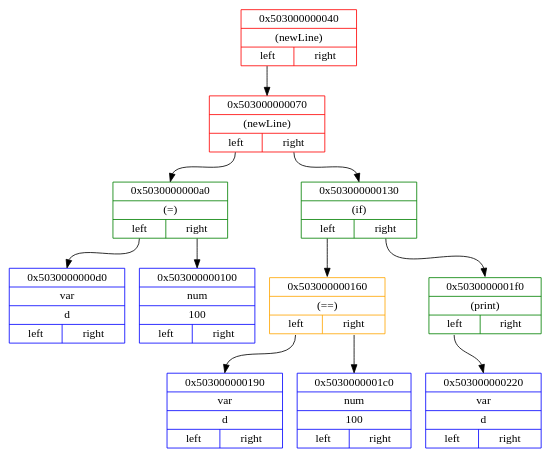
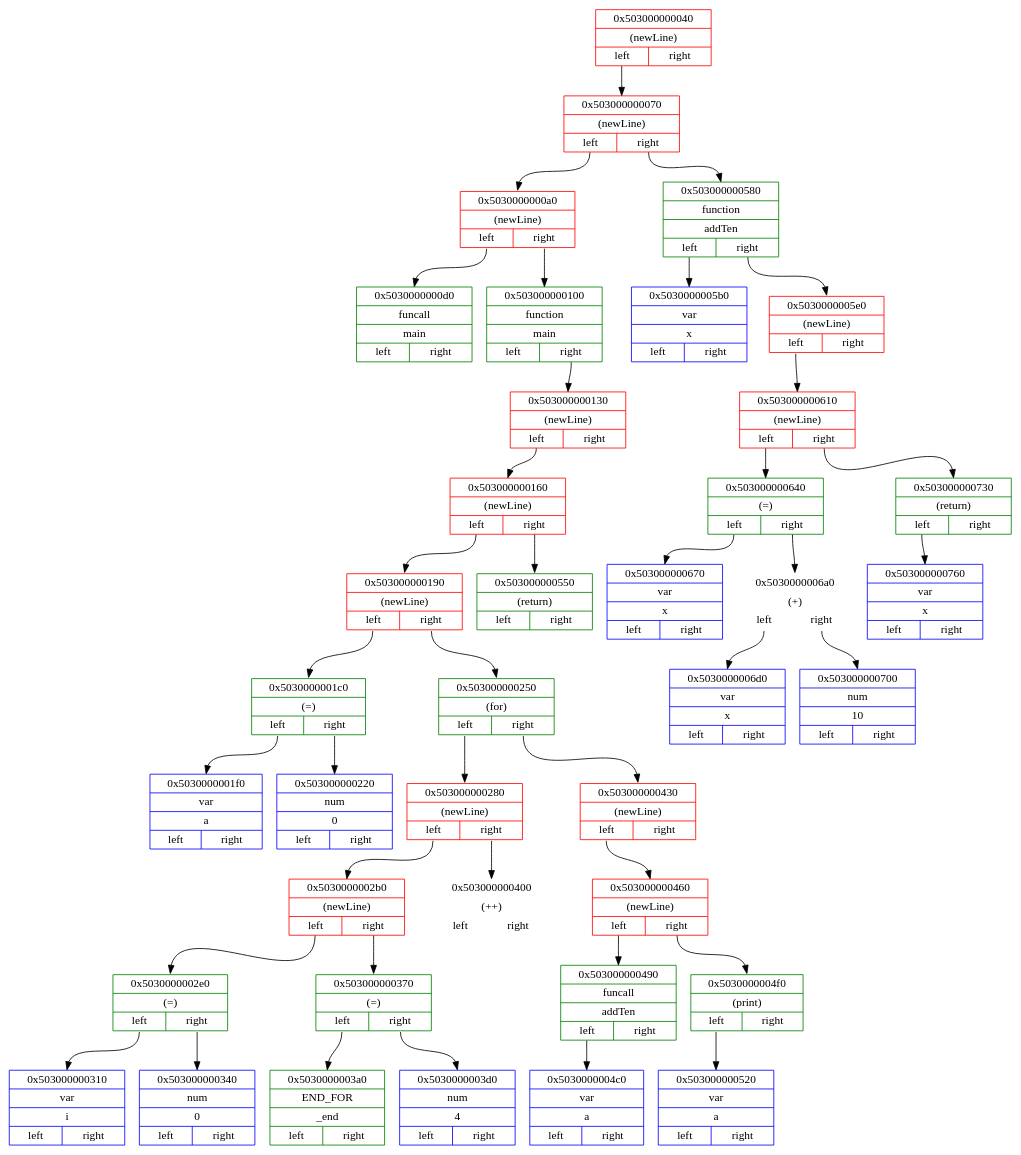
Before and after one commit to Matvey787/myProgLanguage: the diagram in dot_files/middlendDotFile.dot, drawn with Graphviz. The commit also changed 39 other files, not shown here.

```diff
--- a/dot_files/middlendDotFile.dot
+++ b/dot_files/middlendDotFile.dot
@@ -1,26 +1,82 @@
 digraph
 { 
 rankdir=HR;
 
 node0x503000000040 [ shape=record, color = red rank = 1, label= "{ 0x503000000040 | (newLine) |         {<n0x503000000040_l> left | <n0x503000000040_r> right}} " ];
 node0x503000000070 [ shape=record, color = red rank = 2, label= "{ 0x503000000070 | (newLine) |         {<n0x503000000070_l> left | <n0x503000000070_r> right}} " ];
-node0x5030000000a0 [ shape=record, color = green rank = 3, label= "{ 0x5030000000a0 | (=) |         {<n0x5030000000a0_l> left | <n0x5030000000a0_r> right}} " ];
-node0x5030000000d0 [ shape=record, color = blue rank = 4, label= "{ 0x5030000000d0 | var | d |         {<n0x5030000000d0_l> left | <n0x5030000000d0_r> right}} " ];
+node0x5030000000a0 [ shape=record, color = red rank = 3, label= "{ 0x5030000000a0 | (newLine) |         {<n0x5030000000a0_l> left | <n0x5030000000a0_r> right}} " ];
+node0x5030000000d0 [ shape=record, color = green rank = 4, label= "{ 0x5030000000d0 | funcall | main |         {<n0x5030000000d0_l> left | <n0x5030000000d0_r> right}} " ];
 node0x5030000000a0:<n0x5030000000a0_l>:s -> node0x5030000000d0:n [ color = black; ]
-node0x503000000100 [ shape=record, color = blue rank = 5, label= "{ 0x503000000100 | num | 100 |         {<n0x503000000100_l> left | <n0x503000000100_r> right}} " ];
+node0x503000000100 [ shape=record, color = green rank = 5, label= "{ 0x503000000100 | function | main |         {<n0x503000000100_l> left | <n0x503000000100_r> right}} " ];
+node0x503000000130 [ shape=record, color = red rank = 6, label= "{ 0x503000000130 | (newLine) |         {<n0x503000000130_l> left | <n0x503000000130_r> right}} " ];
+node0x503000000160 [ shape=record, color = red rank = 7, label= "{ 0x503000000160 | (newLine) |         {<n0x503000000160_l> left | <n0x503000000160_r> right}} " ];
+node0x503000000190 [ shape=record, color = red rank = 8, label= "{ 0x503000000190 | (newLine) |         {<n0x503000000190_l> left | <n0x503000000190_r> right}} " ];
+node0x5030000001c0 [ shape=record, color = green rank = 9, label= "{ 0x5030000001c0 | (=) |         {<n0x5030000001c0_l> left | <n0x5030000001c0_r> right}} " ];
+node0x5030000001f0 [ shape=record, color = blue rank = 10, label= "{ 0x5030000001f0 | var | a |         {<n0x5030000001f0_l> left | <n0x5030000001f0_r> right}} " ];
+node0x5030000001c0:<n0x5030000001c0_l>:s -> node0x5030000001f0:n [ color = black; ]
+node0x503000000220 [ shape=record, color = blue rank = 11, label= "{ 0x503000000220 | num | 0 |         {<n0x503000000220_l> left | <n0x503000000220_r> right}} " ];
+node0x5030000001c0:<n0x5030000001c0_r>:s -> node0x503000000220:n [ color = black; ]
+node0x503000000190:<n0x503000000190_l>:s -> node0x5030000001c0:n [ color = black; ]
+node0x503000000250 [ shape=record, color = green rank = 10, label= "{ 0x503000000250 | (for) |         {<n0x503000000250_l> left | <n0x503000000250_r> right}} " ];
+node0x503000000280 [ shape=record, color = red rank = 11, label= "{ 0x503000000280 | (newLine) |         {<n0x503000000280_l> left | <n0x503000000280_r> right}} " ];
+node0x5030000002b0 [ shape=record, color = red rank = 12, label= "{ 0x5030000002b0 | (newLine) |         {<n0x5030000002b0_l> left | <n0x5030000002b0_r> right}} " ];
+node0x5030000002e0 [ shape=record, color = green rank = 13, label= "{ 0x5030000002e0 | (=) |         {<n0x5030000002e0_l> left | <n0x5030000002e0_r> right}} " ];
+node0x503000000310 [ shape=record, color = blue rank = 14, label= "{ 0x503000000310 | var | i |         {<n0x503000000310_l> left | <n0x503000000310_r> right}} " ];
+node0x5030000002e0:<n0x5030000002e0_l>:s -> node0x503000000310:n [ color = black; ]
+node0x503000000340 [ shape=record, color = blue rank = 15, label= "{ 0x503000000340 | num | 0 |         {<n0x503000000340_l> left | <n0x503000000340_r> right}} " ];
+node0x5030000002e0:<n0x5030000002e0_r>:s -> node0x503000000340:n [ color = black; ]
+node0x5030000002b0:<n0x5030000002b0_l>:s -> node0x5030000002e0:n [ color = black; ]
+node0x503000000370 [ shape=record, color = green rank = 14, label= "{ 0x503000000370 | (=) |         {<n0x503000000370_l> left | <n0x503000000370_r> right}} " ];
+node0x5030000003a0 [ shape=record, color = green rank = 15, label= "{ 0x5030000003a0 | END_FOR | _end |         {<n0x5030000003a0_l> left | <n0x5030000003a0_r> right}} " ];
+node0x503000000370:<n0x503000000370_l>:s -> node0x5030000003a0:n [ color = black; ]
+node0x5030000003d0 [ shape=record, color = blue rank = 16, label= "{ 0x5030000003d0 | num | 4 |         {<n0x5030000003d0_l> left | <n0x5030000003d0_r> right}} " ];
+node0x503000000370:<n0x503000000370_r>:s -> node0x5030000003d0:n [ color = black; ]
+node0x5030000002b0:<n0x5030000002b0_r>:s -> node0x503000000370:n [ color = black; ]
+node0x503000000280:<n0x503000000280_l>:s -> node0x5030000002b0:n [ color = black; ]
+node0x503000000400 [ shape=record, color = white rank = 13, label= "{ 0x503000000400 | (++) |         {<n0x503000000400_l> left | <n0x503000000400_r> right}} " ];
+node0x503000000280:<n0x503000000280_r>:s -> node0x503000000400:n [ color = black; ]
+node0x503000000250:<n0x503000000250_l>:s -> node0x503000000280:n [ color = black; ]
+node0x503000000430 [ shape=record, color = red rank = 12, label= "{ 0x503000000430 | (newLine) |         {<n0x503000000430_l> left | <n0x503000000430_r> right}} " ];
+node0x503000000460 [ shape=record, color = red rank = 13, label= "{ 0x503000000460 | (newLine) |         {<n0x503000000460_l> left | <n0x503000000460_r> right}} " ];
+node0x503000000490 [ shape=record, color = green rank = 14, label= "{ 0x503000000490 | funcall | addTen |         {<n0x503000000490_l> left | <n0x503000000490_r> right}} " ];
+node0x5030000004c0 [ shape=record, color = blue rank = 15, label= "{ 0x5030000004c0 | var | a |         {<n0x5030000004c0_l> left | <n0x5030000004c0_r> right}} " ];
+node0x503000000490:<n0x503000000490_l>:s -> node0x5030000004c0:n [ color = black; ]
+node0x503000000460:<n0x503000000460_l>:s -> node0x503000000490:n [ color = black; ]
+node0x5030000004f0 [ shape=record, color = green rank = 15, label= "{ 0x5030000004f0 | (print) |         {<n0x5030000004f0_l> left | <n0x5030000004f0_r> right}} " ];
+node0x503000000520 [ shape=record, color = blue rank = 16, label= "{ 0x503000000520 | var | a |         {<n0x503000000520_l> left | <n0x503000000520_r> right}} " ];
+node0x5030000004f0:<n0x5030000004f0_l>:s -> node0x503000000520:n [ color = black; ]
+node0x503000000460:<n0x503000000460_r>:s -> node0x5030000004f0:n [ color = black; ]
+node0x503000000430:<n0x503000000430_l>:s -> node0x503000000460:n [ color = black; ]
+node0x503000000250:<n0x503000000250_r>:s -> node0x503000000430:n [ color = black; ]
+node0x503000000190:<n0x503000000190_r>:s -> node0x503000000250:n [ color = black; ]
+node0x503000000160:<n0x503000000160_l>:s -> node0x503000000190:n [ color = black; ]
+node0x503000000550 [ shape=record, color = green rank = 9, label= "{ 0x503000000550 | (return) |         {<n0x503000000550_l> left | <n0x503000000550_r> right}} " ];
+node0x503000000160:<n0x503000000160_r>:s -> node0x503000000550:n [ color = black; ]
+node0x503000000130:<n0x503000000130_l>:s -> node0x503000000160:n [ color = black; ]
+node0x503000000100:<n0x503000000100_r>:s -> node0x503000000130:n [ color = black; ]
 node0x5030000000a0:<n0x5030000000a0_r>:s -> node0x503000000100:n [ color = black; ]
 node0x503000000070:<n0x503000000070_l>:s -> node0x5030000000a0:n [ color = black; ]
-node0x503000000130 [ shape=record, color = green rank = 4, label= "{ 0x503000000130 | (if) |         {<n0x503000000130_l> left | <n0x503000000130_r> right}} " ];
-node0x503000000160 [ shape=record, color = orange rank = 5, label= "{ 0x503000000160 | (==) |         {<n0x503000000160_l> left | <n0x503000000160_r> right}} " ];
-node0x503000000190 [ shape=record, color = blue rank = 6, label= "{ 0x503000000190 | var | d |         {<n0x503000000190_l> left | <n0x503000000190_r> right}} " ];
-node0x503000000160:<n0x503000000160_l>:s -> node0x503000000190:n [ color = black; ]
-node0x5030000001c0 [ shape=record, color = blue rank = 7, label= "{ 0x5030000001c0 | num | 100 |         {<n0x5030000001c0_l> left | <n0x5030000001c0_r> right}} " ];
-node0x503000000160:<n0x503000000160_r>:s -> node0x5030000001c0:n [ color = black; ]
-node0x503000000130:<n0x503000000130_l>:s -> node0x503000000160:n [ color = black; ]
-node0x5030000001f0 [ shape=record, color = green rank = 6, label= "{ 0x5030000001f0 | (print) |         {<n0x5030000001f0_l> left | <n0x5030000001f0_r> right}} " ];
-node0x503000000220 [ shape=record, color = blue rank = 7, label= "{ 0x503000000220 | var | d |         {<n0x503000000220_l> left | <n0x503000000220_r> right}} " ];
-node0x5030000001f0:<n0x5030000001f0_l>:s -> node0x503000000220:n [ color = black; ]
-node0x503000000130:<n0x503000000130_r>:s -> node0x5030000001f0:n [ color = black; ]
-node0x503000000070:<n0x503000000070_r>:s -> node0x503000000130:n [ color = black; ]
+node0x503000000580 [ shape=record, color = green rank = 4, label= "{ 0x503000000580 | function | addTen |         {<n0x503000000580_l> left | <n0x503000000580_r> right}} " ];
+node0x5030000005b0 [ shape=record, color = blue rank = 5, label= "{ 0x5030000005b0 | var | x |         {<n0x5030000005b0_l> left | <n0x5030000005b0_r> right}} " ];
+node0x503000000580:<n0x503000000580_l>:s -> node0x5030000005b0:n [ color = black; ]
+node0x5030000005e0 [ shape=record, color = red rank = 6, label= "{ 0x5030000005e0 | (newLine) |         {<n0x5030000005e0_l> left | <n0x5030000005e0_r> right}} " ];
+node0x503000000610 [ shape=record, color = red rank = 7, label= "{ 0x503000000610 | (newLine) |         {<n0x503000000610_l> left | <n0x503000000610_r> right}} " ];
+node0x503000000640 [ shape=record, color = green rank = 8, label= "{ 0x503000000640 | (=) |         {<n0x503000000640_l> left | <n0x503000000640_r> right}} " ];
+node0x503000000670 [ shape=record, color = blue rank = 9, label= "{ 0x503000000670 | var | x |         {<n0x503000000670_l> left | <n0x503000000670_r> right}} " ];
+node0x503000000640:<n0x503000000640_l>:s -> node0x503000000670:n [ color = black; ]
+node0x5030000006a0 [ shape=record, color = white rank = 10, label= "{ 0x5030000006a0 | (+) |         {<n0x5030000006a0_l> left | <n0x5030000006a0_r> right}} " ];
+node0x5030000006d0 [ shape=record, color = blue rank = 11, label= "{ 0x5030000006d0 | var | x |         {<n0x5030000006d0_l> left | <n0x5030000006d0_r> right}} " ];
+node0x5030000006a0:<n0x5030000006a0_l>:s -> node0x5030000006d0:n [ color = black; ]
+node0x503000000700 [ shape=record, color = blue rank = 12, label= "{ 0x503000000700 | num | 10 |         {<n0x503000000700_l> left | <n0x503000000700_r> right}} " ];
+node0x5030000006a0:<n0x5030000006a0_r>:s -> node0x503000000700:n [ color = black; ]
+node0x503000000640:<n0x503000000640_r>:s -> node0x5030000006a0:n [ color = black; ]
+node0x503000000610:<n0x503000000610_l>:s -> node0x503000000640:n [ color = black; ]
+node0x503000000730 [ shape=record, color = green rank = 9, label= "{ 0x503000000730 | (return) |         {<n0x503000000730_l> left | <n0x503000000730_r> right}} " ];
+node0x503000000760 [ shape=record, color = blue rank = 10, label= "{ 0x503000000760 | var | x |         {<n0x503000000760_l> left | <n0x503000000760_r> right}} " ];
+node0x503000000730:<n0x503000000730_l>:s -> node0x503000000760:n [ color = black; ]
+node0x503000000610:<n0x503000000610_r>:s -> node0x503000000730:n [ color = black; ]
+node0x5030000005e0:<n0x5030000005e0_l>:s -> node0x503000000610:n [ color = black; ]
+node0x503000000580:<n0x503000000580_r>:s -> node0x5030000005e0:n [ color = black; ]
+node0x503000000070:<n0x503000000070_r>:s -> node0x503000000580:n [ color = black; ]
 node0x503000000040:<n0x503000000040_l>:s -> node0x503000000070:n [ color = black; ]
 }
```
